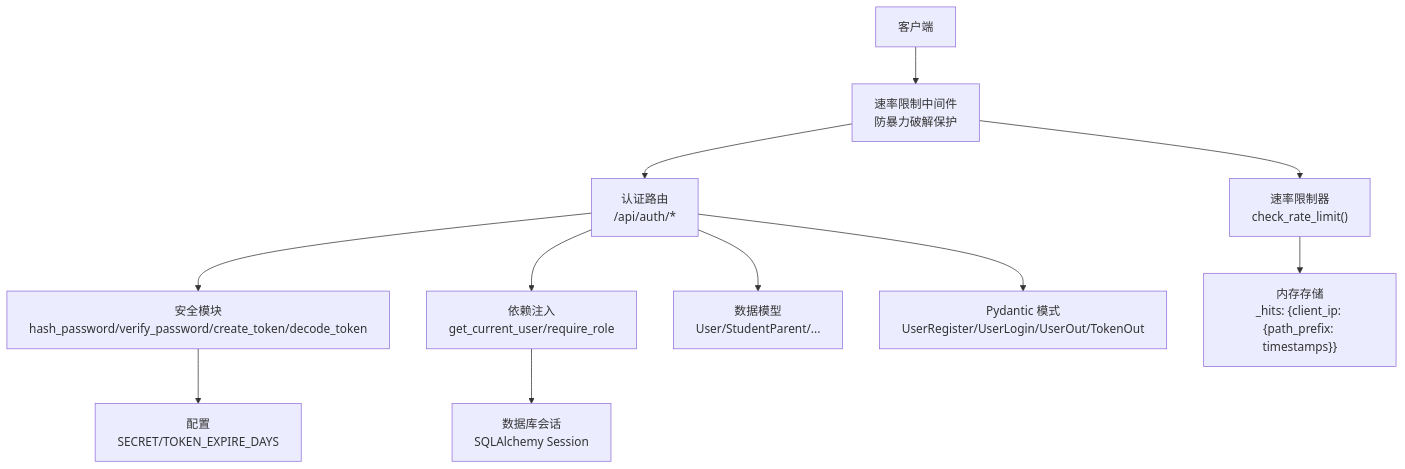
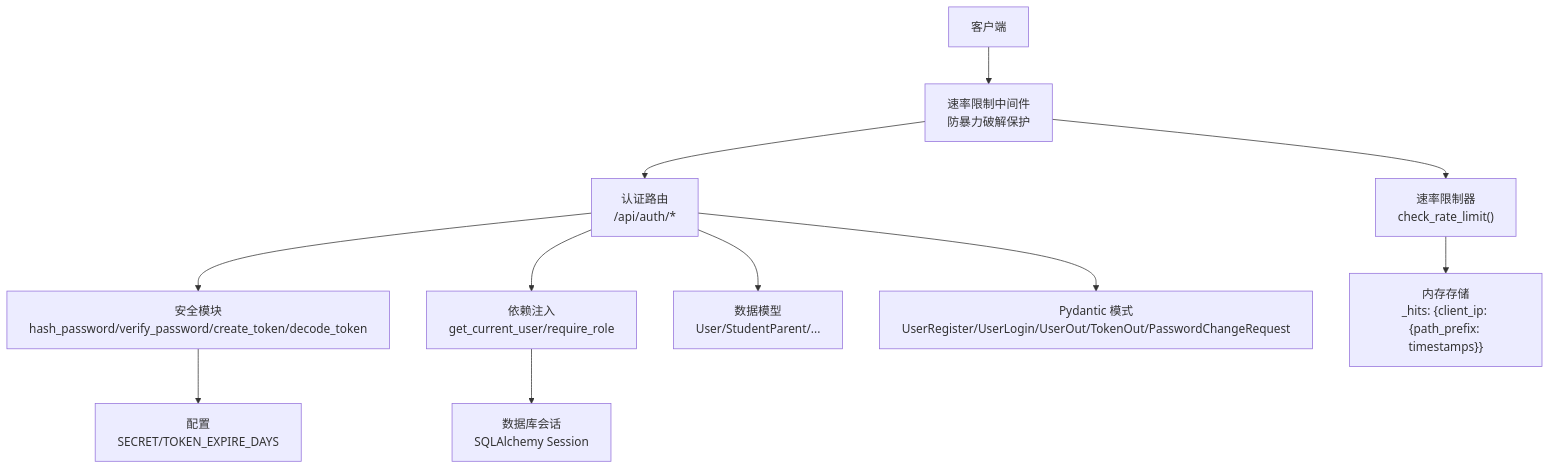
Before and after one commit to onebody/homework: the first of 8 diagrams in .qoder/repowiki/zh/content/暑假作业打卡系统/后端服务架构/路由层设计/用户认证路由.md, drawn with Mermaid. The commit also changed other lines of this file and 20 other files, not shown here.

````diff
--- a/.qoder/repowiki/zh/content/暑假作业打卡系统/后端服务架构/路由层设计/用户认证路由.md
+++ b/.qoder/repowiki/zh/content/暑假作业打卡系统/后端服务架构/路由层设计/用户认证路由.md
@@ -46,13 +46,13 @@
 ```mermaid
 graph TB
 Client["客户端"] --> Middleware["速率限制中间件<br/>防暴力破解保护"]
 Middleware --> Router["认证路由<br/>/api/auth/*"]
 Router --> Security["安全模块<br/>hash_password/verify_password/create_token/decode_token"]
 Router --> Deps["依赖注入<br/>get_current_user/require_role"]
 Deps --> DB["数据库会话<br/>SQLAlchemy Session"]
 Router --> Models["数据模型<br/>User/StudentParent/..."]
-Router --> Schemas["Pydantic 模式<br/>UserRegister/UserLogin/UserOut/TokenOut"]
+Router --> Schemas["Pydantic 模式<br/>UserRegister/UserLogin/UserOut/TokenOut/PasswordChangeRequest"]
 Security --> Config["配置<br/>SECRET/TOKEN_EXPIRE_DAYS"]
 Middleware --> RateLimit["速率限制器<br/>check_rate_limit()"]
 RateLimit --> Memory["内存存储<br/>_hits: {client_ip: {path_prefix: timestamps}}"]
 ```
````
